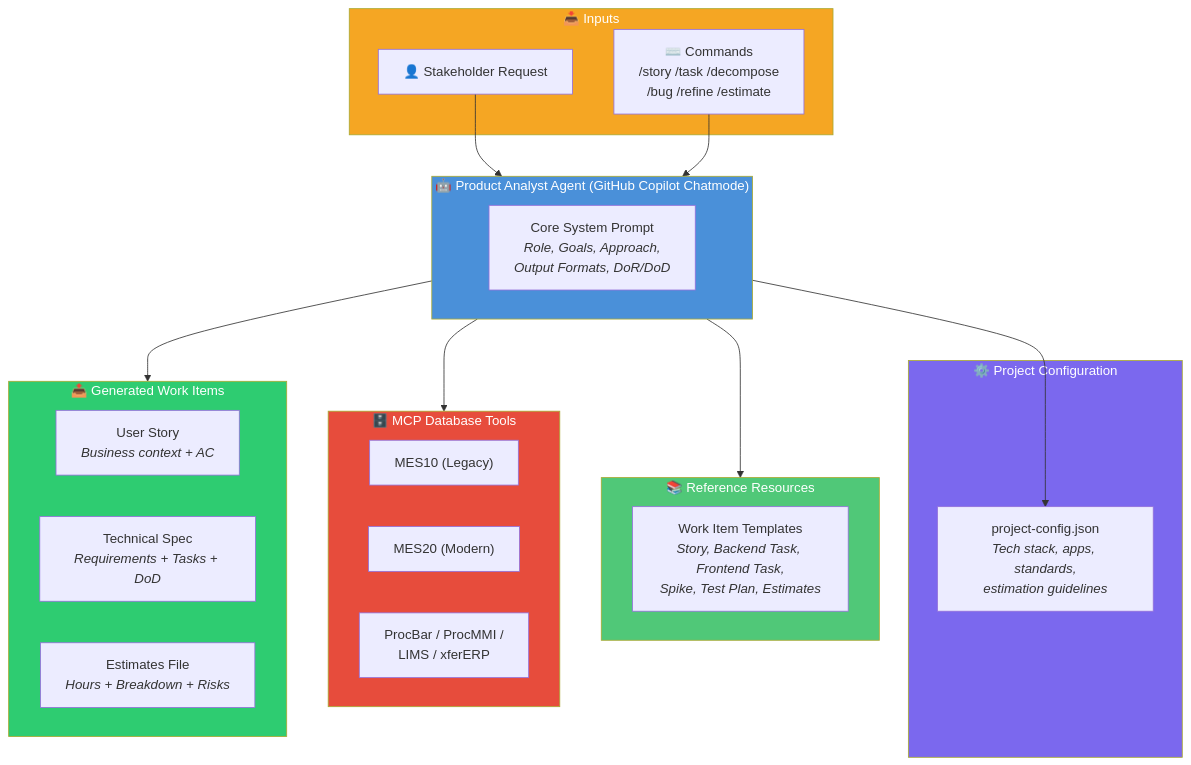
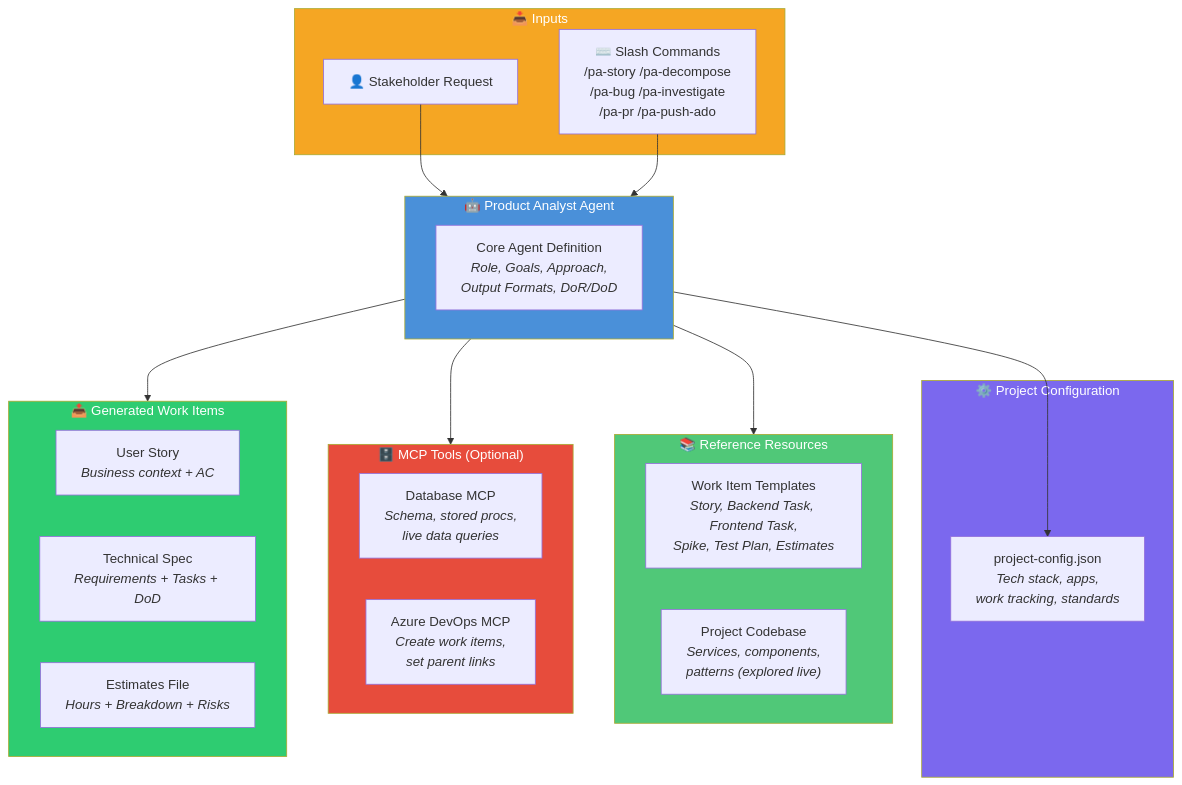
The first of 6 diagrams in documentation/PA-AGENT-DIAGRAMS.md (dnewton-brocksolutions/copilot-product-analyst), drawn with Mermaid before and after one commit. The commit also changed other lines of this file, not shown here.

Commit message:
refactor: update PA agent diagrams and documentation for clarity and consistency

````diff
--- a/documentation/PA-AGENT-DIAGRAMS.md
+++ b/documentation/PA-AGENT-DIAGRAMS.md
@@ -11,45 +11,45 @@
 ```mermaid
 graph TB
-    subgraph Agent["🤖 Product Analyst Agent (GitHub Copilot Chatmode)"]
-        Core["Core System Prompt<br/><i>Role, Goals, Approach,<br/>Output Formats, DoR/DoD</i>"]
+    subgraph Agent["🤖 Product Analyst Agent"]
+        Core["Core Agent Definition<br/><i>Role, Goals, Approach,<br/>Output Formats, DoR/DoD</i>"]
     end
 
     subgraph Inputs["📥 Inputs"]
         Stakeholder["👤 Stakeholder Request"]
-        Commands["⌨️ Commands<br/>/story /task /decompose<br/>/bug /refine /estimate"]
+        Commands["⌨️ Slash Commands<br/>/pa-story /pa-decompose<br/>/pa-bug /pa-investigate<br/>/pa-pr /pa-push-ado"]
     end
 
     subgraph Config["⚙️ Project Configuration"]
-        ProjConfig["project-config.json<br/><i>Tech stack, apps, standards,<br/>estimation guidelines</i>"]
+        ProjConfig["project-config.json<br/><i>Tech stack, apps,<br/>work tracking, standards</i>"]
     end
 
     subgraph Resources["📚 Reference Resources"]
         Templates["Work Item Templates<br/><i>Story, Backend Task, Frontend Task,<br/>Spike, Test Plan, Estimates</i>"]
+        Codebase["Project Codebase<br/><i>Services, components,<br/>patterns (explored live)</i>"]
     end
 
-    subgraph DB["🗄️ MCP Database Tools"]
-        MES10["MES10 (Legacy)"]
-        MES20["MES20 (Modern)"]
-        OtherDB["ProcBar / ProcMMI /<br/>LIMS / xferERP"]
+    subgraph DB["🗄️ MCP Tools (Optional)"]
+        DBAccess["Database MCP<br/><i>Schema, stored procs,<br/>live data queries</i>"]
+        ADOAccess["Azure DevOps MCP<br/><i>Create work items,<br/>set parent links</i>"]
     end
 
     subgraph Outputs["📤 Generated Work Items"]
         Story["User Story<br/><i>Business context + AC</i>"]
         Technical["Technical Spec<br/><i>Requirements + Tasks + DoD</i>"]
         Estimates["Estimates File<br/><i>Hours + Breakdown + Risks</i>"]
     end
 
     Stakeholder --> Agent
     Commands --> Agent
     Agent --> ProjConfig
     Agent --> Resources
     Agent --> DB
     Agent --> Outputs
 
     style Agent fill:#4A90D9,color:#fff
     style Inputs fill:#F5A623,color:#fff
     style Config fill:#7B68EE,color:#fff
     style Resources fill:#50C878,color:#fff
     style DB fill:#E74C3C,color:#fff
     style Outputs fill:#2ECC71,color:#fff
 ```
````
